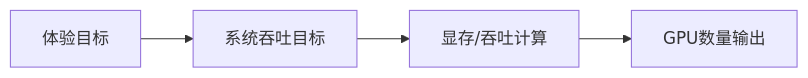
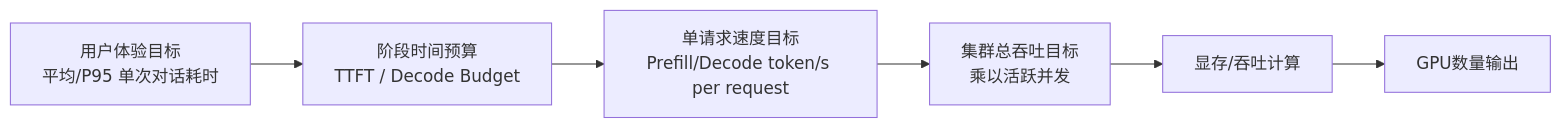
The diagram in docs/llm_gpu_inference_calc.md (exitNA/llm_gpu_inference_calc), drawn with Mermaid before and after one commit. The commit also changed other lines of this file, not shown here.

````diff
--- a/docs/llm_gpu_inference_calc.md
+++ b/docs/llm_gpu_inference_calc.md
@@ -20,9 +45,11 @@
 ```mermaid
 flowchart LR
-    A[体验目标]
-    B[系统吞吐目标]
-    C[显存/吞吐计算]
-    D[GPU数量输出]
+    A[用户体验目标<br>平均/P95 单次对话耗时]
+    B[阶段时间预算<br>TTFT / Decode Budget]
+    C[单请求速度目标<br>Prefill/Decode token/s per request]
+    D[集群总吞吐目标<br>乘以活跃并发]
+    E[显存/吞吐计算]
+    F[GPU数量输出]
 
-    A --> B --> C --> D
+    A --> B --> C --> D --> E --> F
 ```
````
